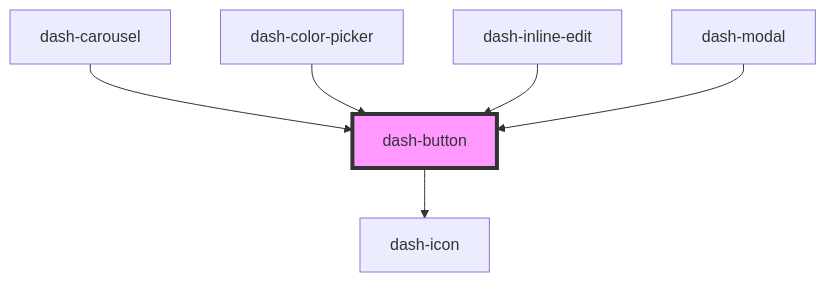
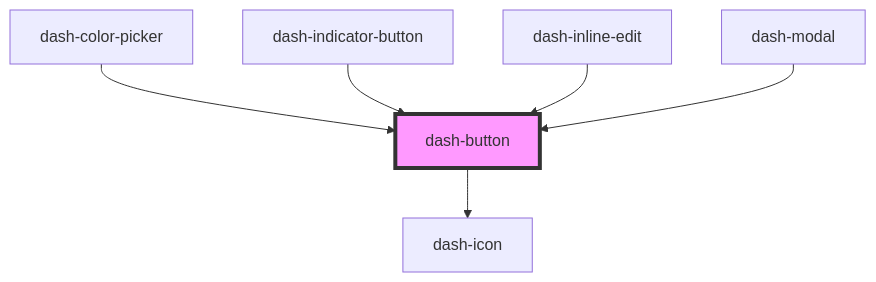
One commit to jmanke/dash changed the diagram in packages/dash-components/src/components/dash-button/readme.md. Above: the diagram before and after it, drawn with Mermaid. The commit also changed other lines of this file and 10 other files, not shown here.

````diff
--- a/packages/dash-components/src/components/dash-button/readme.md
+++ b/packages/dash-components/src/components/dash-button/readme.md
@@ -49,9 +49,9 @@
 ```mermaid
 graph TD;
   dash-button --> dash-icon
-  dash-carousel --> dash-button
   dash-color-picker --> dash-button
+  dash-indicator-button --> dash-button
   dash-inline-edit --> dash-button
   dash-modal --> dash-button
   style dash-button fill:#f9f,stroke:#333,stroke-width:4px
 ```
````
